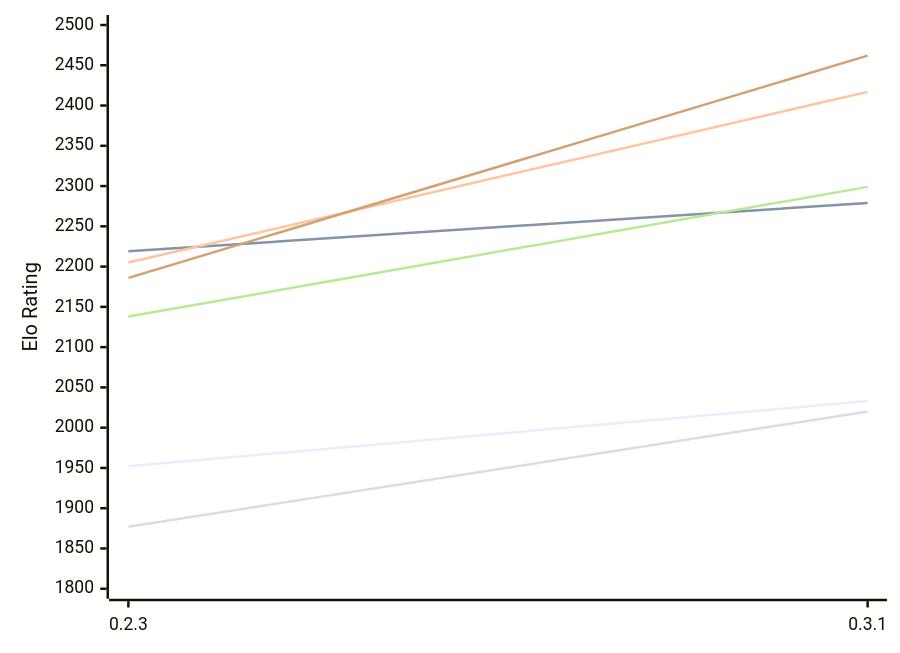
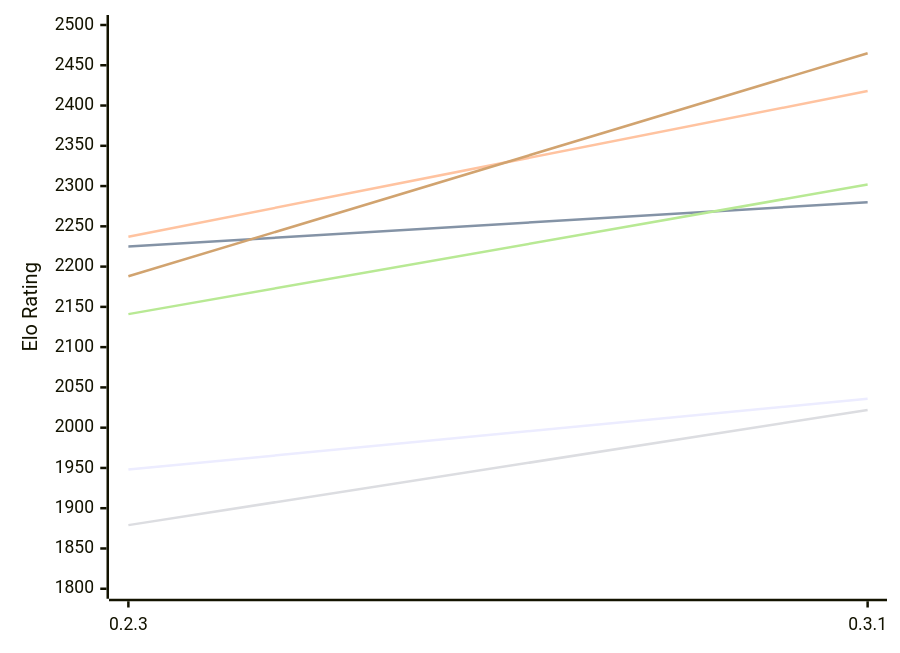
Before and after one commit to computer-chess-index/cci: the first of 2 diagrams in engines/Lolbot.md, drawn with Mermaid. The commit also changed other lines of this file, not shown here.

Commit message:
Update CCI Ratings (ELO VLTC) - 2026-11-24

````diff
--- a/engines/Lolbot.md
+++ b/engines/Lolbot.md
@@ -53,12 +53,12 @@
 ```mermaid
 %%{init: {"theme":"base","themeVariables":{"seriesColors:['#a3a3a3','#222221','#faa371']}}}%%
 xychart-beta
   x-axis ["0.2.3", "0.3.1"]
   y-axis "Elo Rating" 1800 --> 2500
-  line "E1: STC (8.0+0.08s)" [1952, 2033]
-  line "E1: LTC (60.0+0.60s)" [2219, 2279]
-  line "E1: VLTC (2m24s+1.12s)" [2205, 2417]
-  line "P1: STC (8.0+0.08s)" [1877, 2020]
-  line "P1: LTC (60.0+0.60s)" [2138, 2299]
-  line "P1: VLTC (2m24s+1.12s)" [2186, 2462]
+  line "E1: STC (8.0+0.08s)" [1948, 2036]
+  line "E1: LTC (60.0+0.60s)" [2225, 2280]
+  line "E1: VLTC (2m24s+1.12s)" [2237, 2418]
+  line "P1: STC (8.0+0.08s)" [1879, 2022]
+  line "P1: LTC (60.0+0.60s)" [2141, 2302]
+  line "P1: VLTC (2m24s+1.12s)" [2188, 2465]
 ```
````
